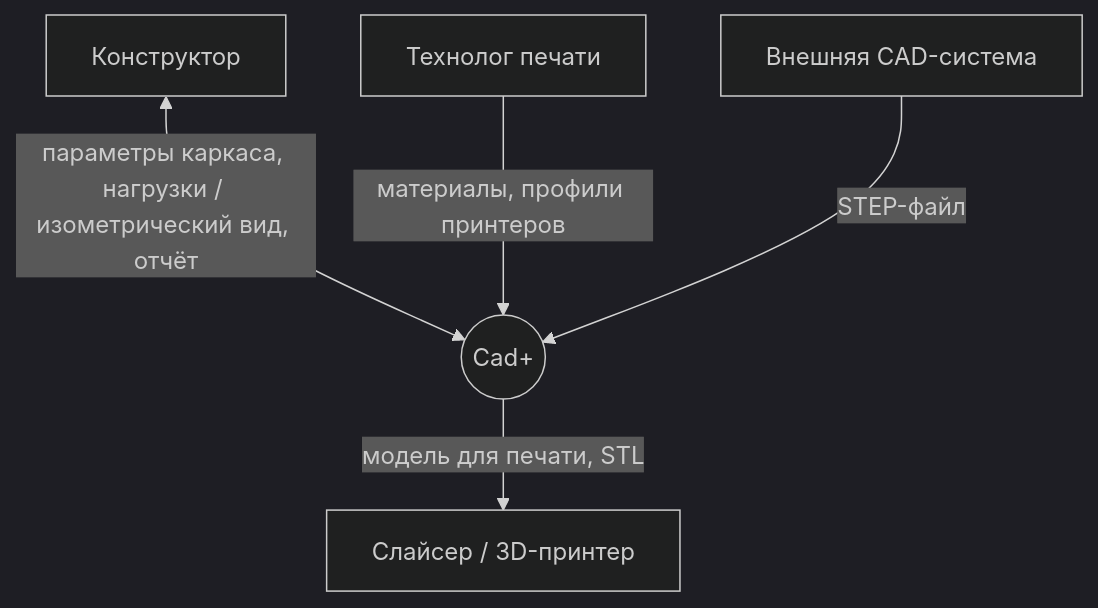
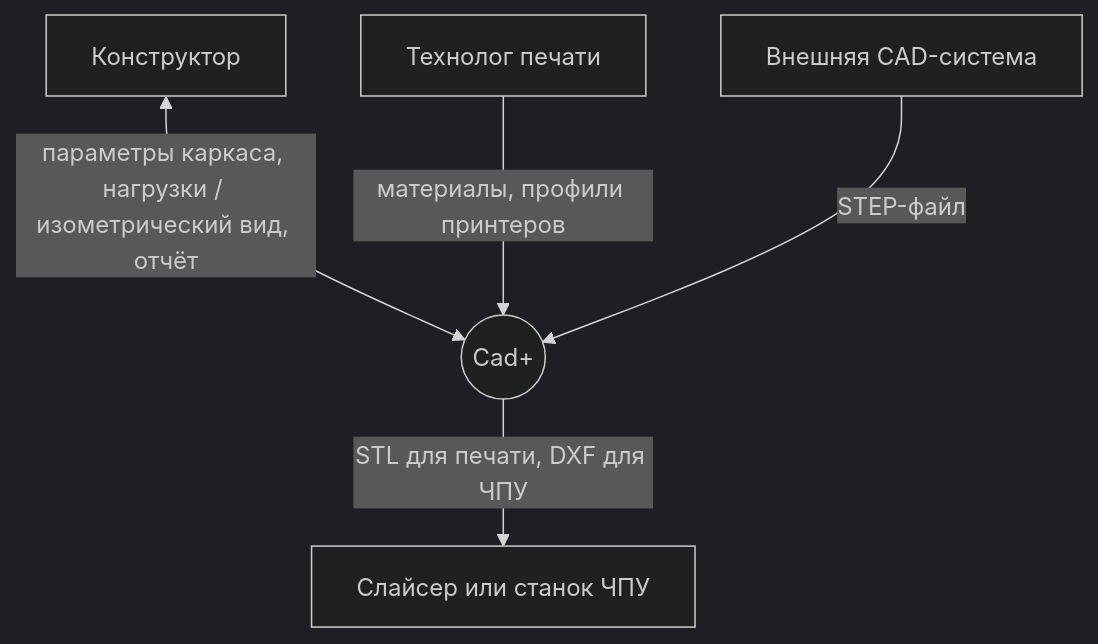
Before and after one commit to wardjonefscek/Yadryshko-: the second of 9 diagrams in README.md, drawn with Mermaid (dark theme). The commit also changed other lines of this file and 2 other files, not shown here.

````diff
--- a/README.md
+++ b/README.md
@@ -234,7 +244,7 @@
 ```mermaid
 flowchart TB
     CON["Конструктор"] <-->|"параметры каркаса, нагрузки / изометрический вид, отчёт"| SYS(("Cad+"))
     TECH["Технолог печати"] -->|"материалы, профили принтеров"| SYS
     EXT["Внешняя CAD-система"] -->|"STEP-файл"| SYS
-    SYS -->|"модель для печати, STL"| SL["Слайсер / 3D-принтер"]
+    SYS -->|"STL для печати, DXF для ЧПУ"| SL["Слайсер или станок ЧПУ"]
 ```
````
